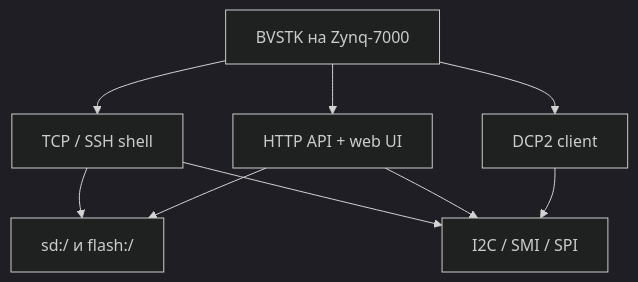
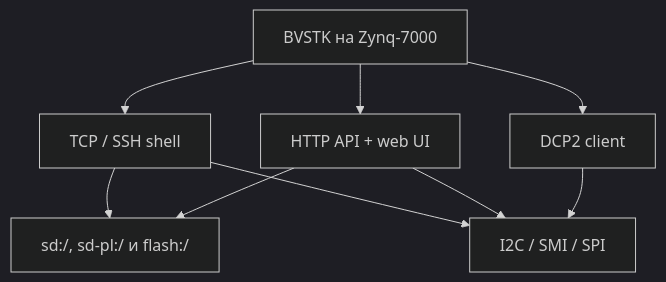
One commit to igtrefilov/bvstk changed the first of 2 diagrams in docs/user/guide.md. Above: the diagram before and after it, drawn with Mermaid (dark theme). The commit also changed other lines of this file and 30 other files, not shown here.

````diff
--- a/docs/user/guide.md
+++ b/docs/user/guide.md
@@ -16,17 +17,17 @@
 ```mermaid
 flowchart TB
     Device[BVSTK на Zynq-7000]
     Shell[TCP / SSH shell]
     HTTP[HTTP API + web UI]
     DCP[DCP2 client]
-    Files[sd:/ и flash:/]
+    Files[sd:/, sd-pl:/ и flash:/]
     PL[I2C / SMI / SPI]
     Device --> Shell
     Device --> HTTP
     Device --> DCP
     Shell --> Files
     HTTP --> Files
     Shell --> PL
     HTTP --> PL
     DCP --> PL
 ```
````
